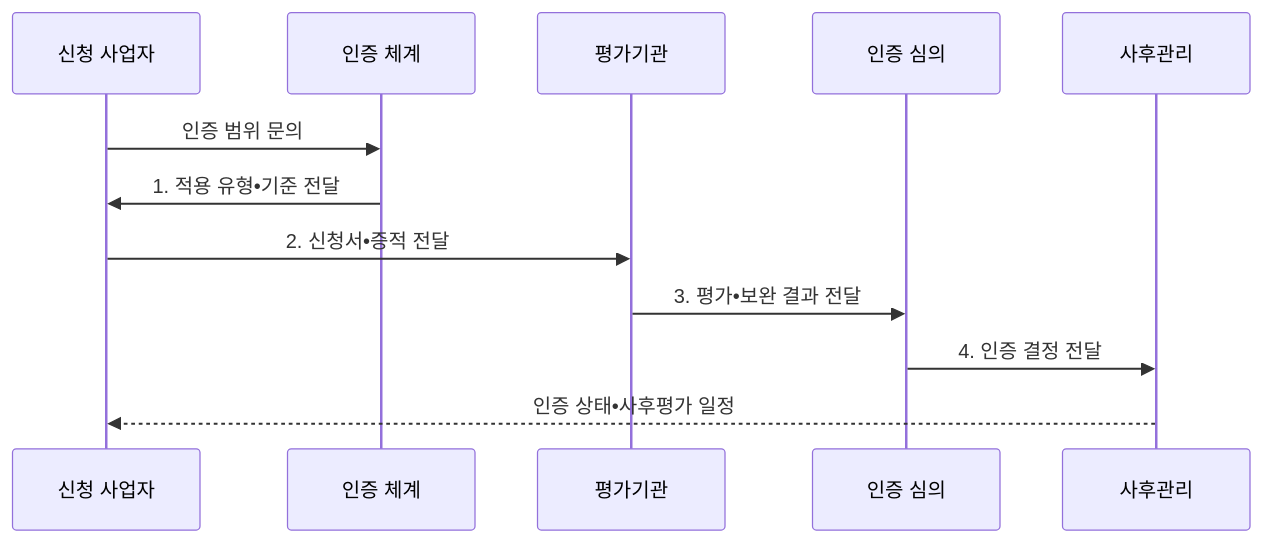
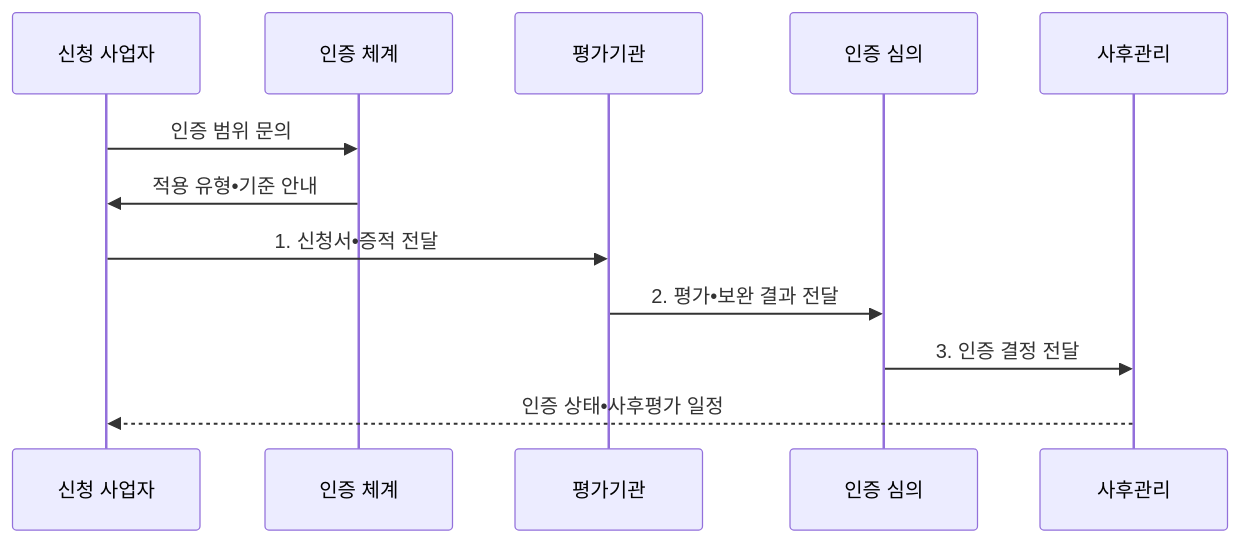
The second of 2 diagrams in src/content/docs/notes/08-latest-tech/184_csap.md (agnusdei1207/knowledge-base), drawn with Mermaid before and after one commit. The commit also changed other lines of this file and 20 other files, not shown here.

````diff
--- a/src/content/docs/notes/08-latest-tech/184_csap.md
+++ b/src/content/docs/notes/08-latest-tech/184_csap.md
@@ -101,14 +103,14 @@
 ```mermaid
 sequenceDiagram
   participant A as 신청 사업자
   participant S as 인증 체계
   participant E as 평가기관
   participant C as 인증 심의
   participant M as 사후관리
   A->>S: 인증 범위 문의
-  S->>A: 1. 적용 유형•기준 전달
-  A->>E: 2. 신청서•증적 전달
-  E->>C: 3. 평가•보완 결과 전달
-  C->>M: 4. 인증 결정 전달
+  S->>A: 적용 유형•기준 안내
+  A->>E: 1. 신청서•증적 전달
+  E->>C: 2. 평가•보완 결과 전달
+  C->>M: 3. 인증 결정 전달
   M-->>A: 인증 상태•사후평가 일정
 ```
````
